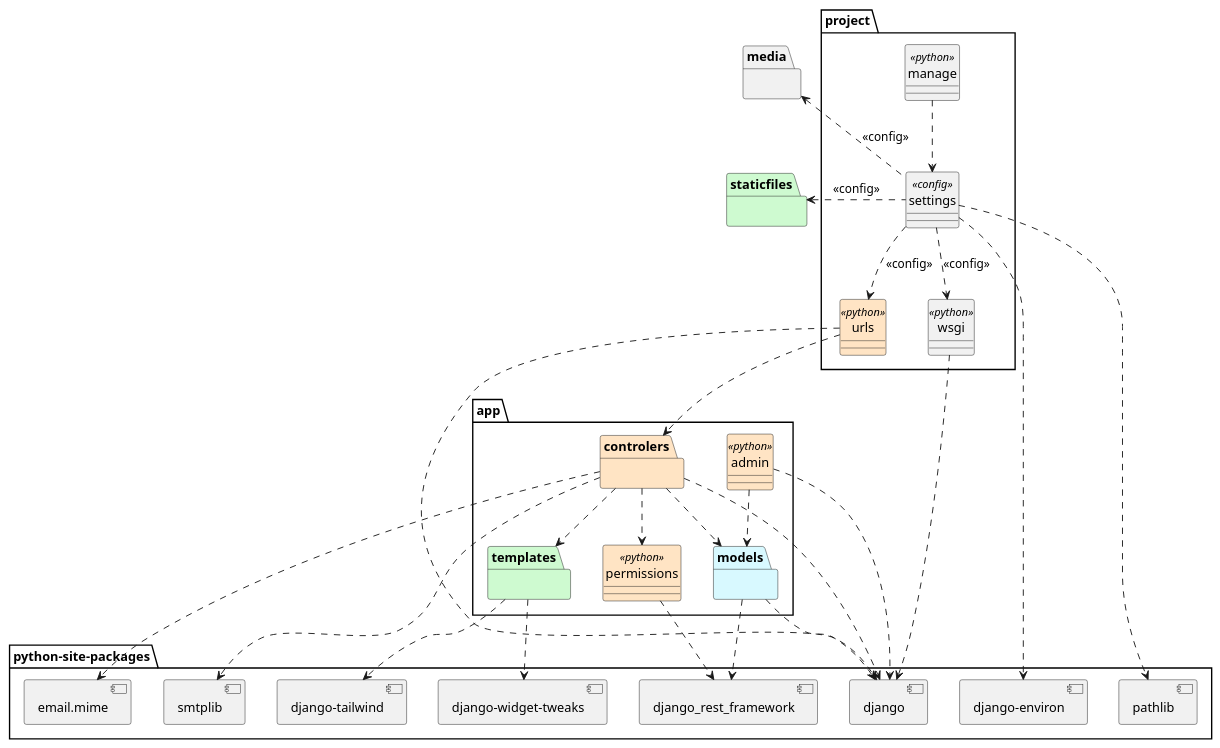
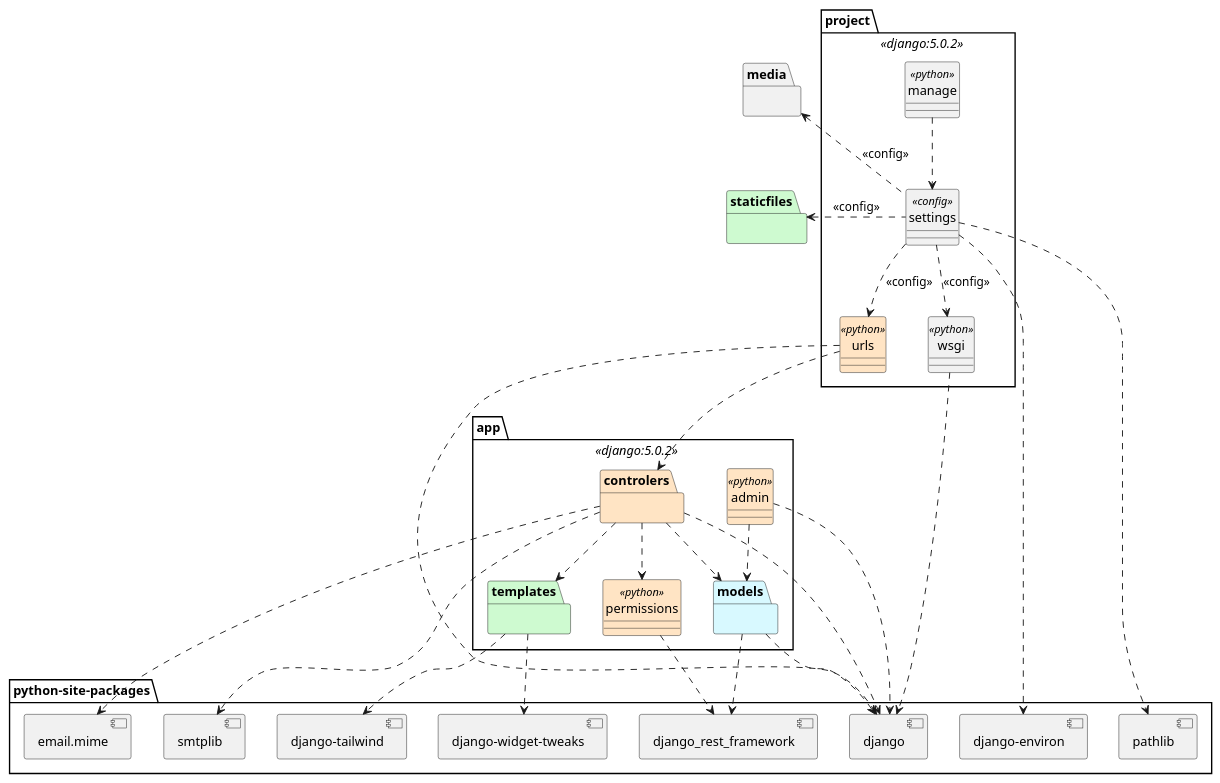
The diagram in logicalView/designView/django/packageDesign/designPackageDiagram.plantuml (mpaulaherrero/tesis-frameworks-backend-diagrams), drawn with PlantUML before and after one commit. The commit also changed 2 other files, not shown here.

Commit message:
version en diagrama

```diff
--- a/logicalView/designView/django/packageDesign/designPackageDiagram.plantuml
+++ b/logicalView/designView/django/packageDesign/designPackageDiagram.plantuml
@@ -1,144 +1,144 @@
 @startuml
 skinparam style strictuml
 allow_mixing
 
 package "python-site-packages" as components {
     component "django-widget-tweaks" as tweaks
     component "django-tailwind" as tailwind
     component "email.mime" as email
     component smtplib
     component "django_rest_framework" as restframework
     component pathlib
     component "django-environ" as environ
     component django {
         'component "contrib" as django.contrib
         'component "core" as django.core
         'component "http" as django.http
         'component "shortcuts" as django.shortcuts
         'component "views" as django.views
         'component "utils" as django.utils
         'component "db" as django.db
         'component "forms" as django.forms
         'component "urls" as django.url
     }
 }
 
-package project {
+package project <<django:5.0.2>>{
     '.env es un archivo de configuración de environ
     'class asgi <<python>>
     class wsgi <<python>>
     class settings <<config>>
     class urls <<python>> #bisque
     class manage <<python>>
     'será que manage va? es una utilidad de linea de comando
 }
 
-package app {
+package app <<django:5.0.2>>{
     package controlers as controllers #bisque {
         'package comment_views {}
         'package publication_views {}
         'package user_views {}
     }
     package models #d8f9ff{
         'package user {}
         'package user_forms {}
     }
     package templates #cefad0 {}
     class admin <<python>> #bisque
     class permissions <<python>> #bisque
 }
 
 package staticfiles #cefad0{
     'package admin as staticfilesadmin {
     '    package css {}
     '    package img {}
     '    package js {}
     '}
     'package rest_framework{
     '    package css {}
     '    package docs {
         '    package css {}
         '    package img {}
         '    package js {}
     '    }
     '    package fonts {}
     '    package img {}
     '    package js {}
     '}
 }
 
 'package theme #cefad0{
     'package "dist" as static.css.dist {}
     'package "templates" as theme.templates {}
 '}
 
 package media {}
 
 manage .d.> settings
 settings ..> environ
 settings ..> pathlib
 settings .d.> urls: <<config>>
 settings ..> wsgi: <<config>>
 'settings ..> templates
 'settings ..> admin
 settings .l.> media: <<config>>
 settings .l.> staticfiles: <<config>>
 'settings -l-> theme: <<config>>
 
 'diseño
 urls -[hidden]l- wsgi
 media -[hidden]d- staticfiles
 'staticfiles -[hidden]l- theme
 environ -[hidden]l- django
 
 
 wsgi ..> django
 urls ..> django
 
 urls .d.> controllers
 'urls -d-> user_views
 'urls -d-> publication_views
 'urls -d-> comment_views
 
 
 admin ..> models
 admin ..> django
 
 'comment_views --> models
 'publication_views --> models
 'user_views --> models
 'user_forms -r-> user
 controllers ..> models
 controllers ..> templates
 controllers ..> permissions
 'controllers ..> settings CICLO
 controllers ..> django
 'controllers ..> django.contrib
 'controllers ..> django.core
 'controllers ..> django.http
 'controllers ..> django.shortcuts
 'controllers ..> django.views
 'controllers ..> django.utils
 controllers ..> email
 controllers ..> smtplib
 
 'templates .l.> theme
 'templates ..> staticfiles
 templates ..> tweaks
 templates ..> tailwind
 permissions ..> restframework
 
 models ..> restframework
 models ..> django
 'models ..> django.db
 'models ..> django.url
 'models ..> django.forms
 'models ..> django.core
 'models ..> django.contrib
 
 'comment_views --> restframework
 'publication_views --> restframework
 'user_views --> restframework
 'django -[hidden]d-> components
 
 @enduml
```
